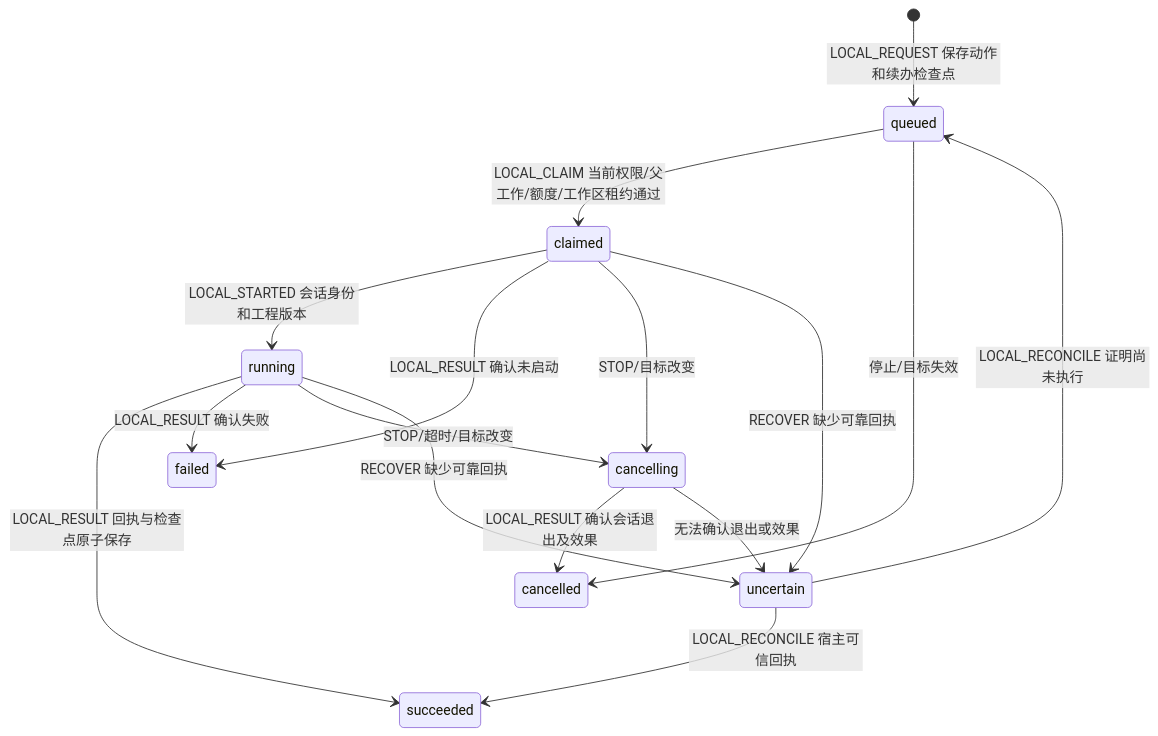
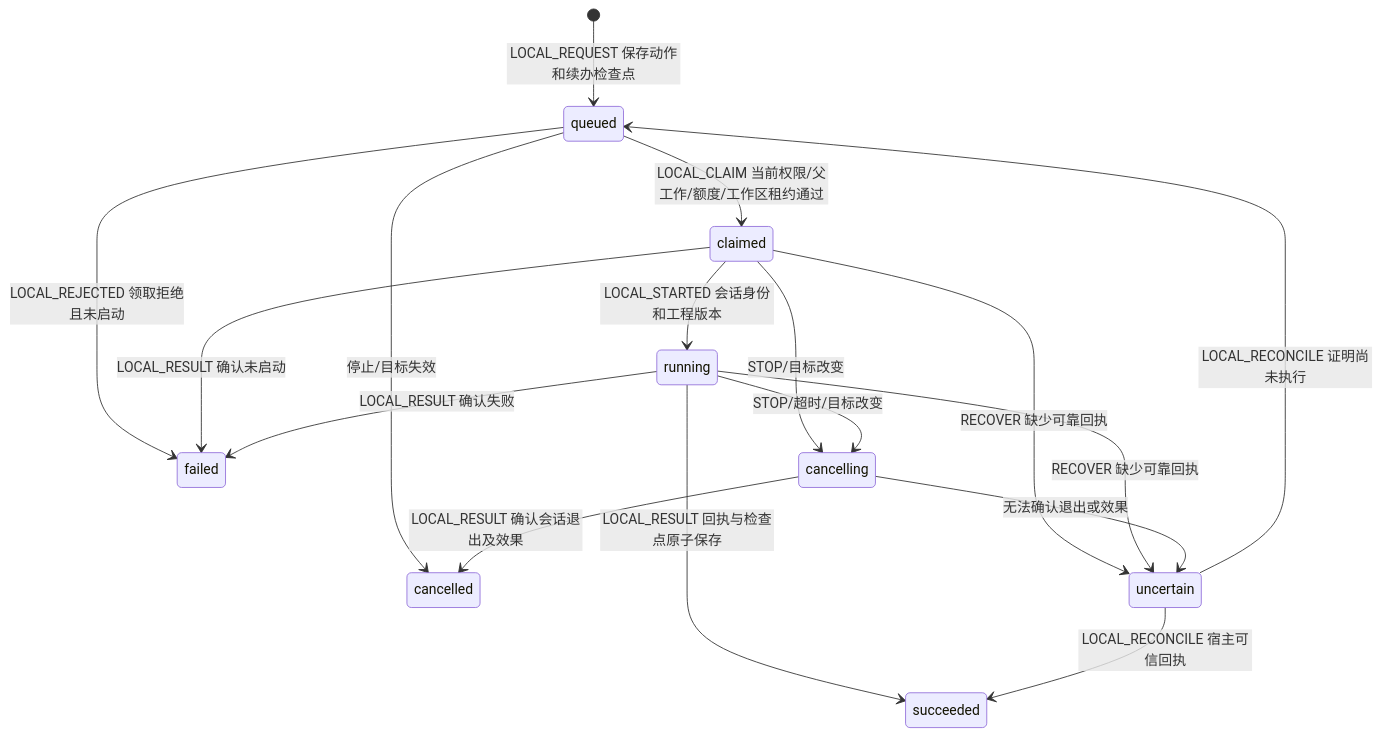
Before and after one commit to kejun/squad: diagram 22 of 22 in docs/state-diagrams.md, drawn with Mermaid. The commit also changed other lines of this file and 35 other files, not shown here.

````diff
--- a/docs/state-diagrams.md
+++ b/docs/state-diagrams.md
@@ -515,18 +515,19 @@
 ```mermaid
 stateDiagram-v2
     [*] --> queued: LOCAL_REQUEST 保存动作和续办检查点
     queued --> claimed: LOCAL_CLAIM 当前权限/父工作/额度/工作区租约通过
     queued --> cancelled: 停止/目标失效
+    queued --> failed: LOCAL_REJECTED 领取拒绝且未启动
     claimed --> running: LOCAL_STARTED 会话身份和工程版本
     claimed --> failed: LOCAL_RESULT 确认未启动
     claimed --> cancelling: STOP/目标改变
     running --> succeeded: LOCAL_RESULT 回执与检查点原子保存
     running --> failed: LOCAL_RESULT 确认失败
     running --> cancelling: STOP/超时/目标改变
     claimed --> uncertain: RECOVER 缺少可靠回执
     running --> uncertain: RECOVER 缺少可靠回执
     cancelling --> cancelled: LOCAL_RESULT 确认会话退出及效果
     cancelling --> uncertain: 无法确认退出或效果
     uncertain --> succeeded: LOCAL_RECONCILE 宿主可信回执
     uncertain --> queued: LOCAL_RECONCILE 证明尚未执行
 ```
````
